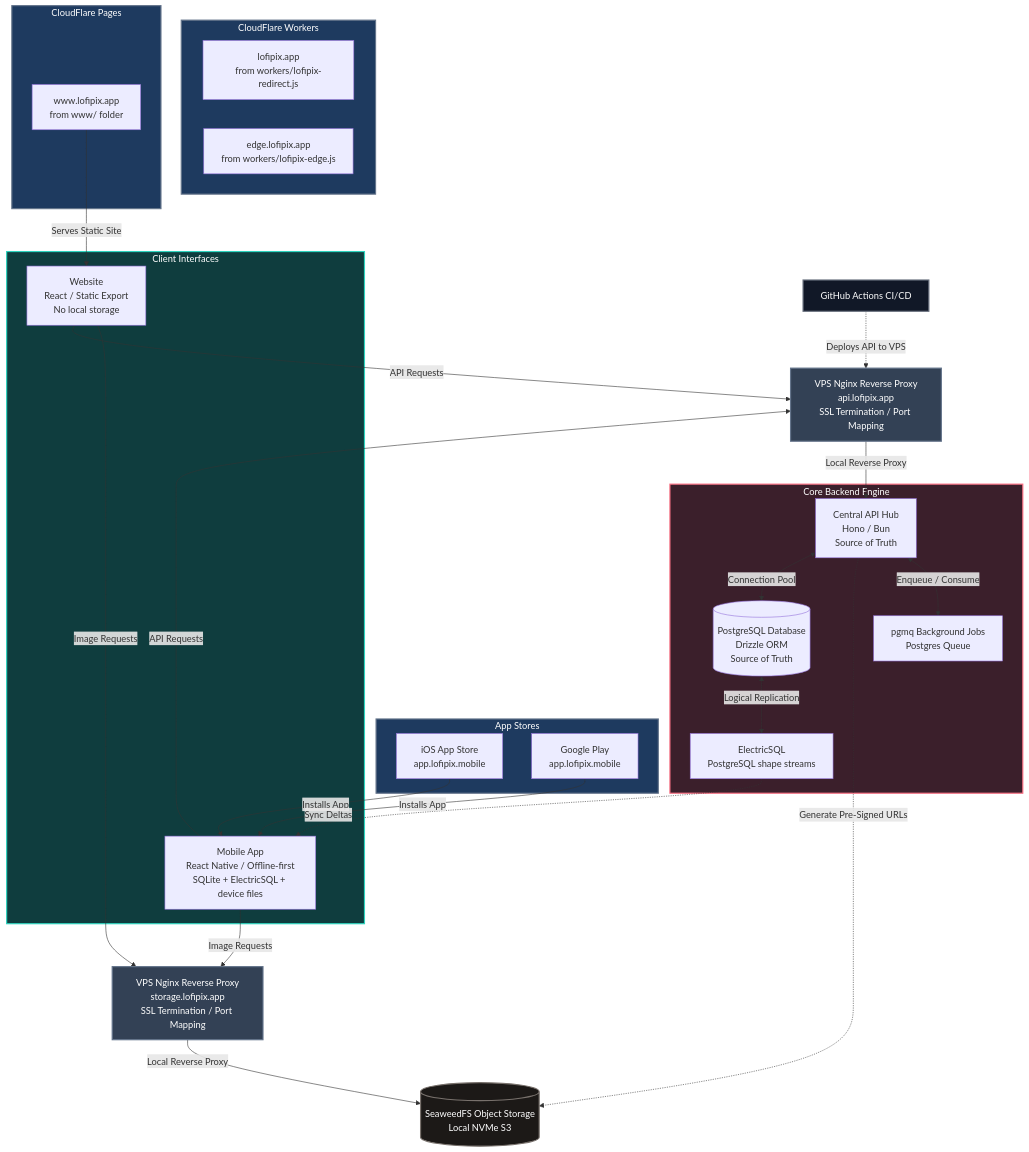
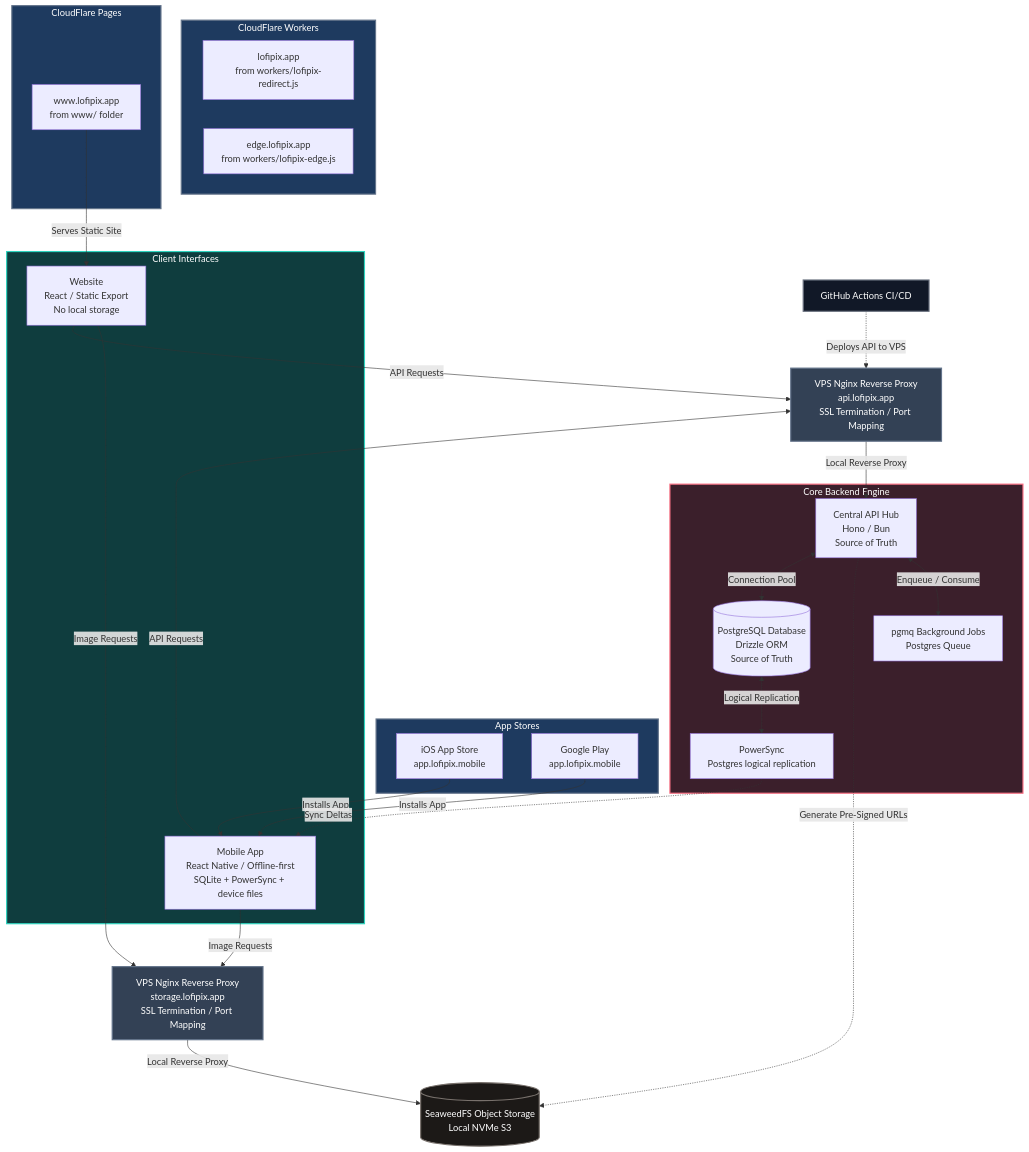
Before and after one commit to pchilton/lofipix: the diagram in README.md, drawn with Mermaid. The commit also changed other lines of this file and 62 other files, not shown here.

Commit message:
agentic switch from ElectricSQL to PowerSync

````diff
--- a/README.md
+++ b/README.md
@@ -33,68 +33,68 @@
 ```mermaid
 graph TD
     %% Static Hosting
     subgraph CFWorkers [CloudFlare Workers]
         CFRedirect[lofipix.app<br>from workers/lofipix-redirect.js]
         CFEdge[edge.lofipix.app<br>from workers/lofipix-edge.js]
     end
 
     subgraph CloudFlare [CloudFlare Pages]
         CFWeb[www.lofipix.app<br>from www/ folder]
     end
 
     subgraph Stores [App Stores]
         iOS[iOS App Store<br>app.lofipix.mobile]
         Android[Google Play<br>app.lofipix.mobile]
     end
 
     %% Client Tier
     subgraph ClientInterfaces [Client Interfaces]
         Web[Website<br>React / Static Export<br>No local storage]
-        Mobile[Mobile App<br>React Native / Offline-first<br>SQLite + ElectricSQL + device files]
+        Mobile[Mobile App<br>React Native / Offline-first<br>SQLite + PowerSync + device files]
     end
 
     %% Network Entry
     Proxy[VPS Nginx Reverse Proxy<br>api.lofipix.app<br>SSL Termination / Port Mapping]
 
     %% Deployment
     GHA[GitHub Actions CI/CD] -.->|Deploys API to VPS| Proxy
 
     %% Core Services
     subgraph CoreBackend [Core Backend Engine]
         API[Central API Hub<br>Hono / Bun<br>Source of Truth]
         DB[(PostgreSQL Database<br>Drizzle ORM<br>Source of Truth)]
-        Sync[ElectricSQL<br>PostgreSQL shape streams]
+        Sync[PowerSync<br>Postgres logical replication]
         Queue[pgmq Background Jobs<br>Postgres Queue]
     end
 
     StorageProxy[VPS Nginx Reverse Proxy<br>storage.lofipix.app<br>SSL Termination / Port Mapping]
 
     Storage[(SeaweedFS Object Storage<br>Local NVMe S3)]
 
     %% Hosting Routes
     CFWeb -->|Serves Static Site| Web
     iOS & Android -->|Installs App| Mobile
 
     %% Traffic Routes
     Web & Mobile -->|API Requests| Proxy
     Web & Mobile -->|Image Requests| StorageProxy
     Proxy -->|Local Reverse Proxy| API
     API <-->|Connection Pool| DB
 
     API -.->|Generate Pre-Signed URLs| Storage
     StorageProxy -->|Local Reverse Proxy| Storage
     DB <-->|Logical Replication| Sync
     Sync -.->|Sync Deltas| Mobile
     API <-->|Enqueue / Consume| Queue
 
     %% Layout Classes for Styling
     style CFWorkers fill:#1e3a5f,stroke:#64748b,stroke-width:2px,color:#fff
     style CloudFlare fill:#1e3a5f,stroke:#64748b,stroke-width:2px,color:#fff
     style Stores fill:#1e3a5f,stroke:#64748b,stroke-width:2px,color:#fff
     style ClientInterfaces fill:#0f3d3e,stroke:#2dd4bf,stroke-width:2px,color:#fff
     style CoreBackend fill:#3b1f2b,stroke:#fb7185,stroke-width:2px,color:#fff
     style Proxy fill:#334155,stroke:#64748b,stroke-width:2px,color:#fff
     style StorageProxy fill:#334155,stroke:#64748b,stroke-width:2px,color:#fff
     style Storage fill:#1c1917,stroke:#78716c,stroke-width:2px,color:#fff
     style GHA fill:#111827,stroke:#6b7280,stroke-width:2px,color:#fff
 ```
````
